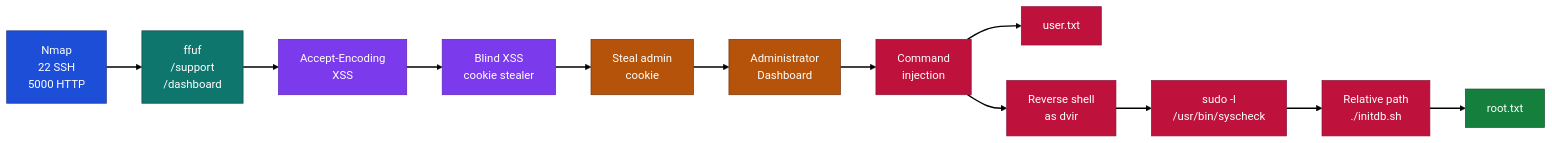
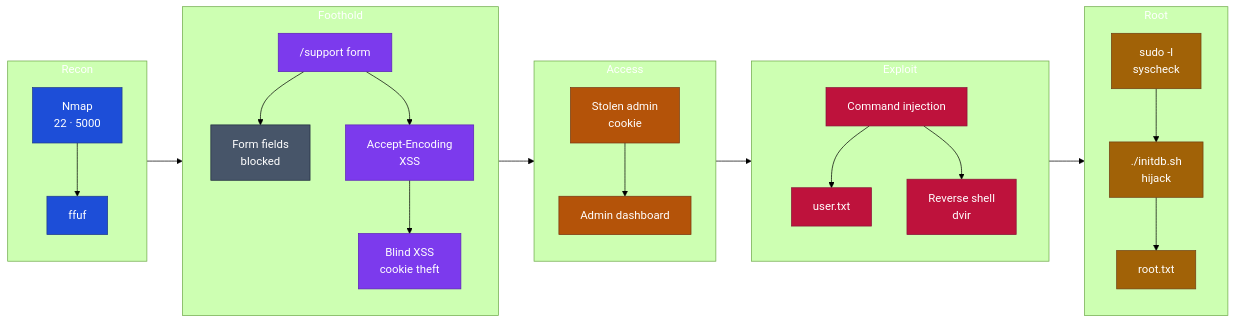
Before and after one commit to jeyjelson/HackTheBox-TryHackMe-Writeups: the diagram in HTB Headless CTF Writeup/README.md, drawn with Mermaid (forest theme).

Commit message:
Refactor flowchart for CTF writeup

````diff
--- a/HTB Headless CTF Writeup/README.md
+++ b/HTB Headless CTF Writeup/README.md
@@ -17,30 +17,53 @@
 ```mermaid
 flowchart LR
-    A["Nmap<br/>22 SSH<br/>5000 HTTP"] --> B["ffuf<br/>/support<br/>/dashboard"]
-    B --> C["Accept-Encoding<br/>XSS"]
-    C --> D["Blind XSS<br/>cookie stealer"]
-    D --> E["Steal admin<br/>cookie"]
-    E --> F["Administrator<br/>Dashboard"]
-    F --> G["Command<br/>injection"]
-    G --> H["user.txt"]
-    G --> I["Reverse shell<br/>as dvir"]
-    I --> J["sudo -l<br/>/usr/bin/syscheck"]
-    J --> K["Relative path<br/>./initdb.sh"]
-    K --> L["root.txt"]
+    subgraph P1["Recon"]
+        direction TB
+        A["Nmap<br/>22 · 5000"] --> B["ffuf"]
+    end
 
-    classDef entry fill:#1d4ed8,stroke:#1e3a8a,color:#ffffff;
-    classDef recon fill:#0f766e,stroke:#134e4a,color:#ffffff;
+    subgraph P2["Foothold"]
+        direction TB
+        S["/support form"]
+        F1["Form fields<br/>blocked"]
+        F2["Accept-Encoding<br/>XSS"]
+        BX["Blind XSS<br/>cookie theft"]
+        S --> F1
+        S --> F2 --> BX
+    end
+
+    subgraph P3["Access"]
+        direction TB
+        CK["Stolen admin<br/>cookie"] --> DASH["Admin dashboard"]
+    end
+
+    subgraph P4["Exploit"]
+        direction TB
+        CI["Command injection"]
+        CI --> U["user.txt"]
+        CI --> RS["Reverse shell<br/>dvir"]
+    end
+
+    subgraph P5["Root"]
+        direction TB
+        SL["sudo -l<br/>syscheck"] --> RP["./initdb.sh<br/>hijack"] --> R["root.txt"]
+    end
+
+    B --> S
+    BX --> CK
+    DASH --> CI
+    RS --> SL
+
+    classDef recon fill:#1d4ed8,stroke:#1e3a8a,color:#ffffff;
     classDef xss fill:#7c3aed,stroke:#5b21b6,color:#ffffff;
     classDef access fill:#b45309,stroke:#78350f,color:#ffffff;
     classDef exploit fill:#be123c,stroke:#881337,color:#ffffff;
-    classDef root fill:#15803d,stroke:#14532d,color:#ffffff;
+    classDef root fill:#a16207,stroke:#713f12,color:#ffffff;
+    classDef dead fill:#475569,stroke:#1e293b,color:#ffffff;
 
-    class A entry;
-    class B recon;
-    class C,D xss;
-    class E,F access;
-    class G,H,I exploit;
-    class J,K exploit;
-    class L root;
-    linkStyle default stroke-width:2px
+    class A,B recon;
+    class S,F2,BX xss;
+    class F1 dead;
+    class CK,DASH access;
+    class CI,U,RS exploit;
+    class SL,RP,R root;
 ```
````
